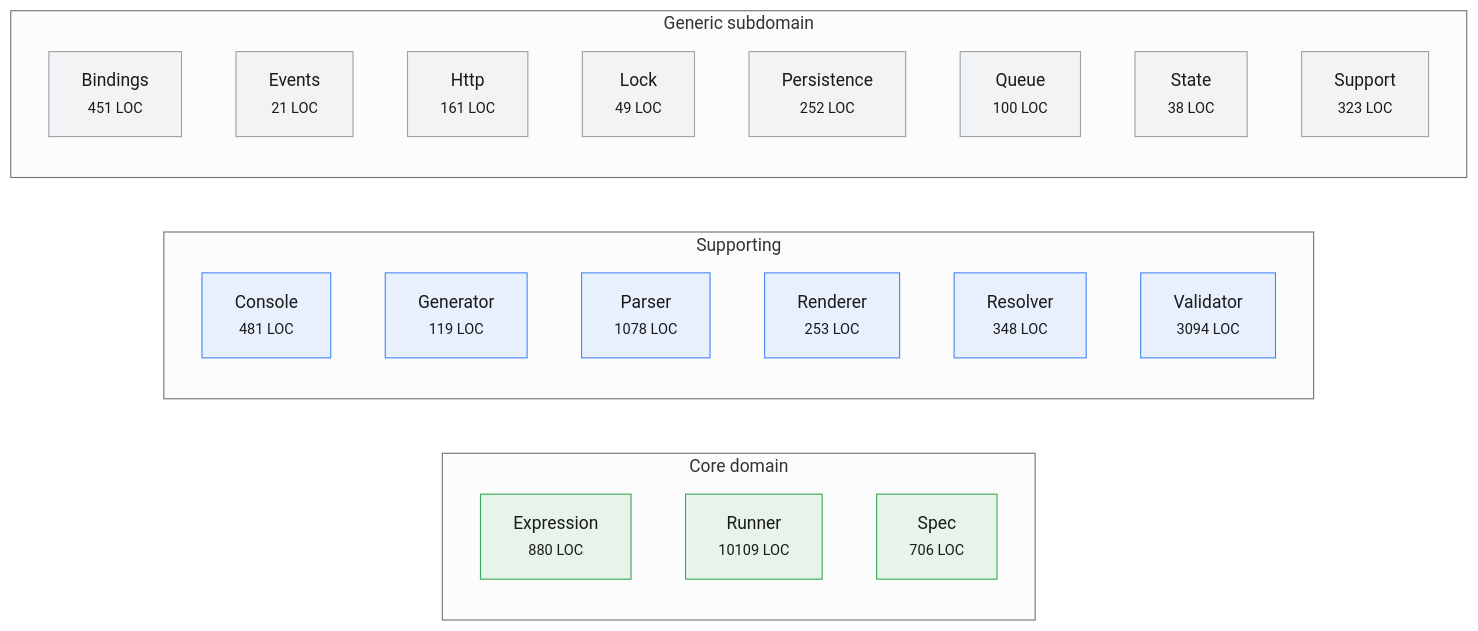
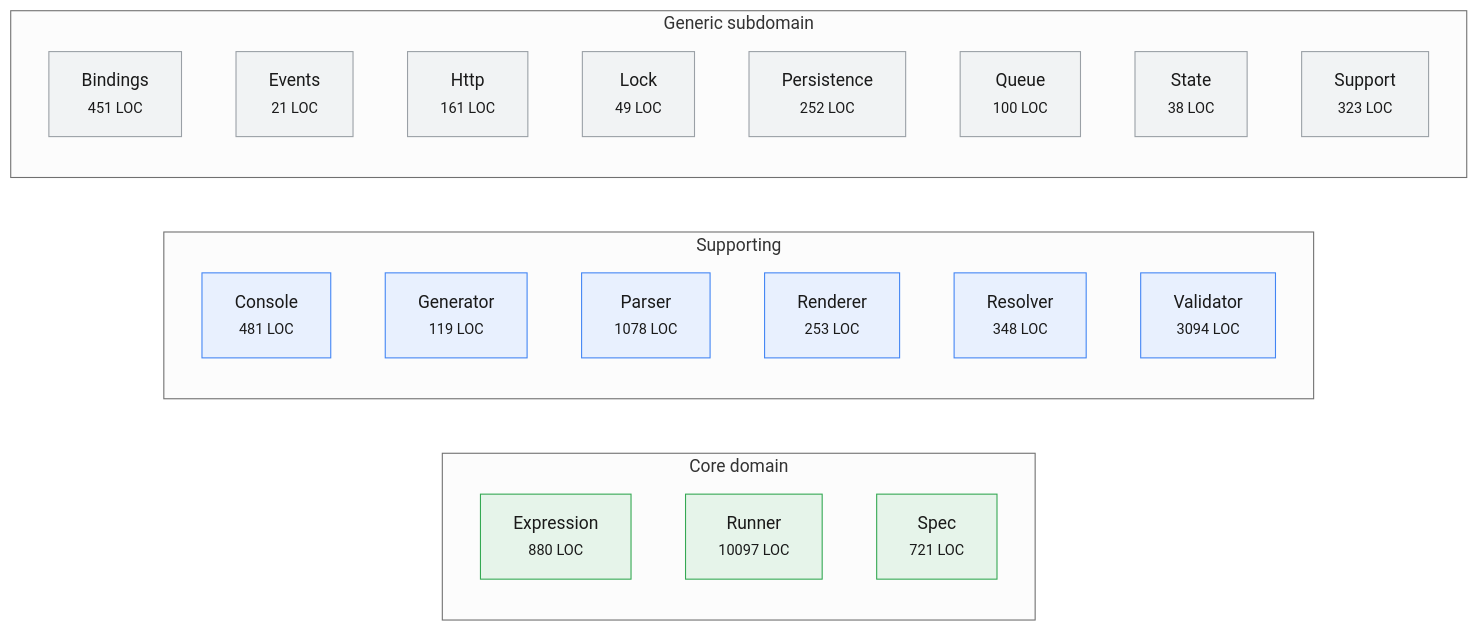
One commit to Mohammed-Alama/php-arazzo changed the diagram in docs/generated/subdomain-map.md. Above: the diagram before and after it, drawn with Mermaid (neutral theme). The commit also changed other lines of this file and 28 other files, not shown here.

````diff
--- a/docs/generated/subdomain-map.md
+++ b/docs/generated/subdomain-map.md
@@ -15,30 +15,30 @@
 ```mermaid
 flowchart LR
     subgraph S_core["Core domain"]
         S_Expression["Expression<br/><small>880 LOC</small>"]:::coreDomain
-        S_Runner["Runner<br/><small>10109 LOC</small>"]:::coreDomain
-        S_Spec["Spec<br/><small>706 LOC</small>"]:::coreDomain
+        S_Runner["Runner<br/><small>10097 LOC</small>"]:::coreDomain
+        S_Spec["Spec<br/><small>721 LOC</small>"]:::coreDomain
     end
     subgraph S_supporting["Supporting"]
         S_Console["Console<br/><small>481 LOC</small>"]:::supportingDomain
         S_Generator["Generator<br/><small>119 LOC</small>"]:::supportingDomain
         S_Parser["Parser<br/><small>1078 LOC</small>"]:::supportingDomain
         S_Renderer["Renderer<br/><small>253 LOC</small>"]:::supportingDomain
         S_Resolver["Resolver<br/><small>348 LOC</small>"]:::supportingDomain
         S_Validator["Validator<br/><small>3094 LOC</small>"]:::supportingDomain
     end
     subgraph S_generic["Generic subdomain"]
         S_Bindings["Bindings<br/><small>451 LOC</small>"]:::genericDomain
         S_Events["Events<br/><small>21 LOC</small>"]:::genericDomain
         S_Http["Http<br/><small>161 LOC</small>"]:::genericDomain
         S_Lock["Lock<br/><small>49 LOC</small>"]:::genericDomain
         S_Persistence["Persistence<br/><small>252 LOC</small>"]:::genericDomain
         S_Queue["Queue<br/><small>100 LOC</small>"]:::genericDomain
         S_State["State<br/><small>38 LOC</small>"]:::genericDomain
         S_Support["Support<br/><small>323 LOC</small>"]:::genericDomain
     end
     classDef coreDomain fill:#e6f4ea,stroke:#34a853,color:#1a1a1a;
     classDef supportingDomain fill:#e8f0fe,stroke:#4285f4,color:#1a1a1a;
     classDef genericDomain fill:#f1f3f4,stroke:#9aa0a6,color:#1a1a1a;
     classDef unknownDomain fill:#fce8e6,stroke:#ea4335,color:#1a1a1a;
 ```
````
